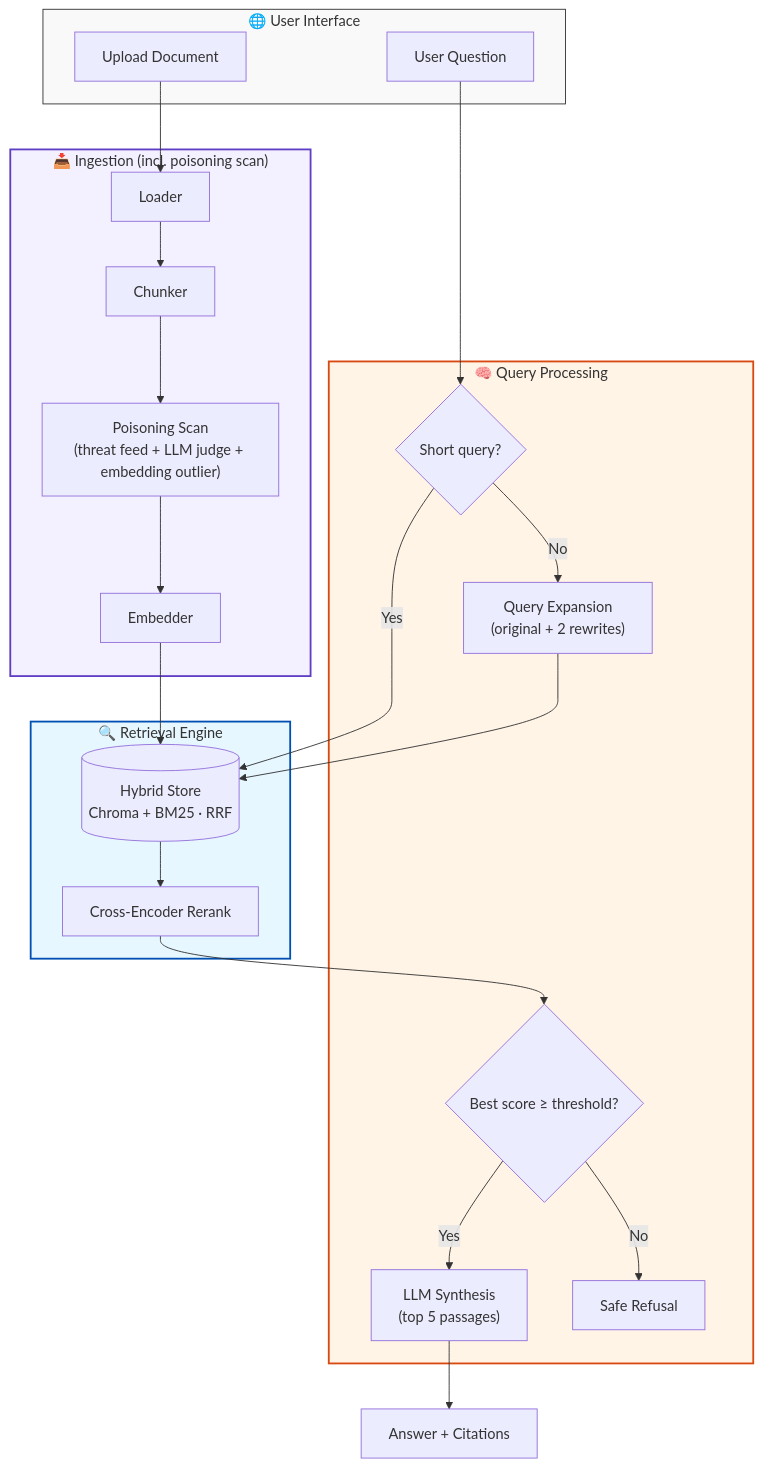
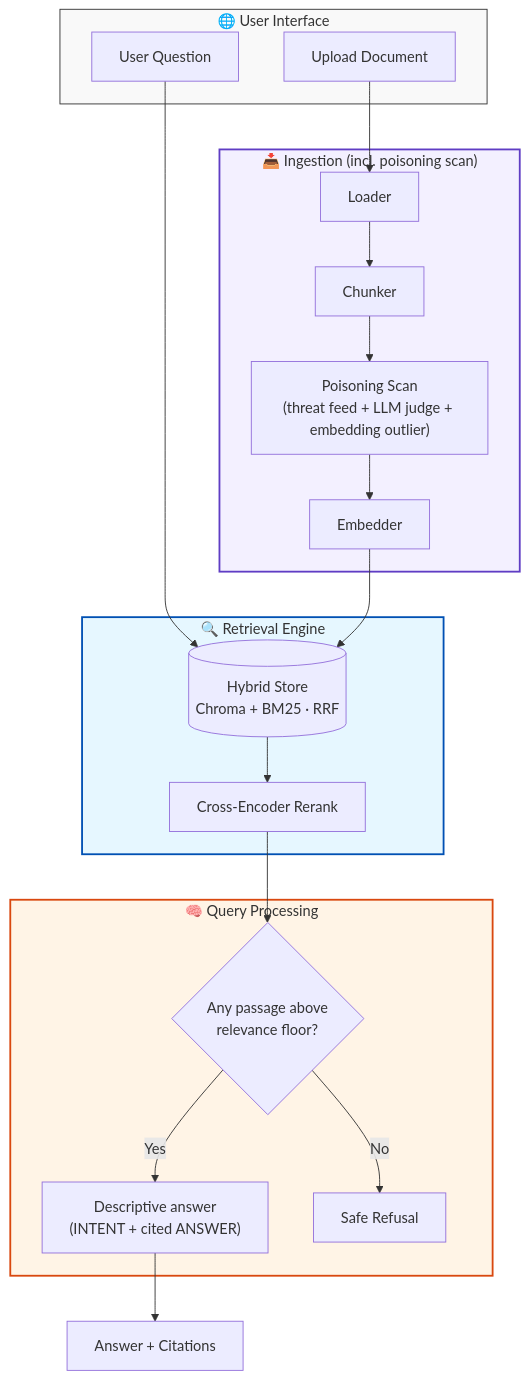
One commit to SakthiQ/ATTS-RAG changed the first of 2 diagrams in README.md. Above: the diagram before and after it, drawn with Mermaid. The commit also changed other lines of this file and 5 other files, not shown here.

````diff
--- a/README.md
+++ b/README.md
@@ -62,42 +62,37 @@
 ```mermaid
 flowchart TD
     subgraph UserInterface["🌐 User Interface"]
         Q["User Question"]
         U["Upload Document"]
     end
 
     subgraph QueryLayer["🧠 Query Processing"]
-        FP{"Short query?"}
-        MQ["Query Expansion<br/>(original + 2 rewrites)"]
-        TH{"Best score ≥ threshold?"}
-        LLM["LLM Synthesis<br/>(top 5 passages)"]
+        TH{"Any passage above<br/>relevance floor?"}
+        LLM["Descriptive answer<br/>(INTENT + cited ANSWER)"]
         REF["Safe Refusal"]
     end
 
     subgraph RetrievalEngine["🔍 Retrieval Engine"]
         VS[("Hybrid Store<br/>Chroma + BM25 · RRF")]
         RK["Cross-Encoder Rerank"]
     end
 
     subgraph IngestionPipeline["📥 Ingestion (incl. poisoning scan)"]
         Loader --> Chunker --> Guard["Poisoning Scan<br/>(threat feed + LLM judge + embedding outlier)"] --> Embedder
     end
 
-    Q --> FP
-    FP -->|No| MQ
-    FP -->|Yes| VS
-    MQ --> VS
+    Q --> VS
     VS --> RK
     RK --> TH
     TH -->|Yes| LLM
     TH -->|No| REF
     LLM --> Answer["Answer + Citations"]
 
     U --> Loader
     Embedder --> VS
 
     style QueryLayer fill:#fff4e6,stroke:#d9480f,stroke-width:2px
     style RetrievalEngine fill:#e6f7ff,stroke:#0050b3,stroke-width:2px
     style UserInterface fill:#f9f9f9,stroke:#333
     style IngestionPipeline fill:#f3f0ff,stroke:#5f3dc4,stroke-width:2px
 ```
````
